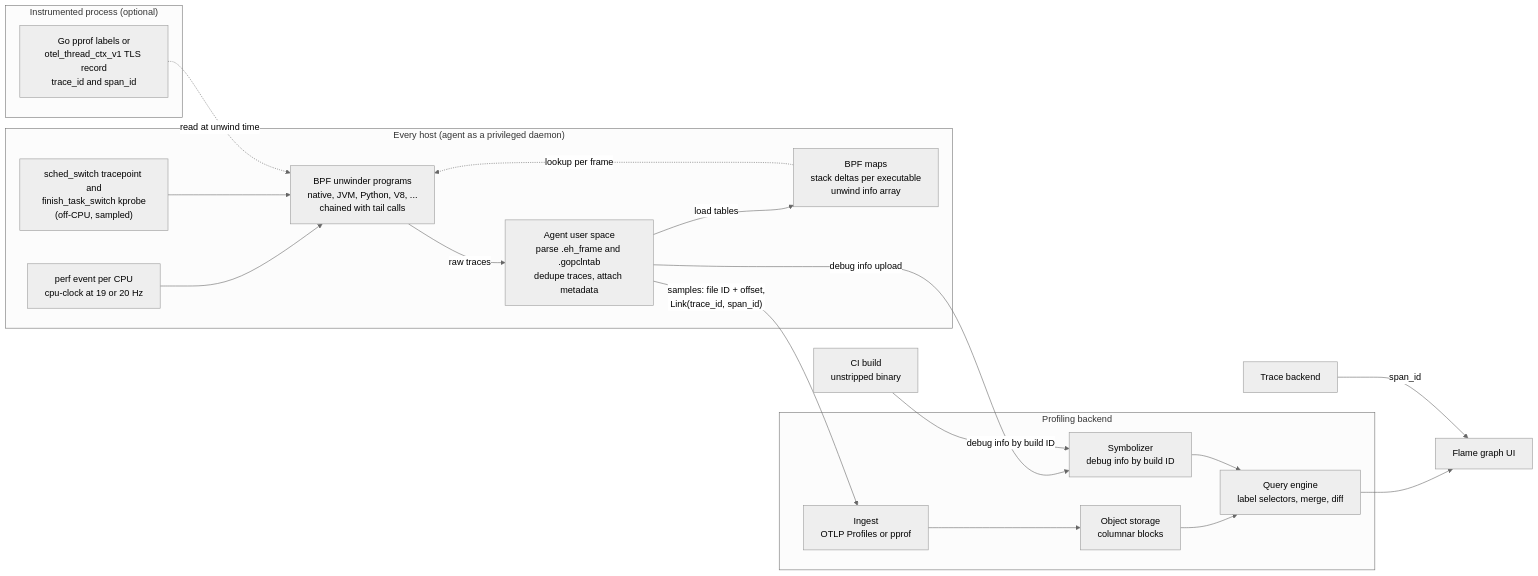
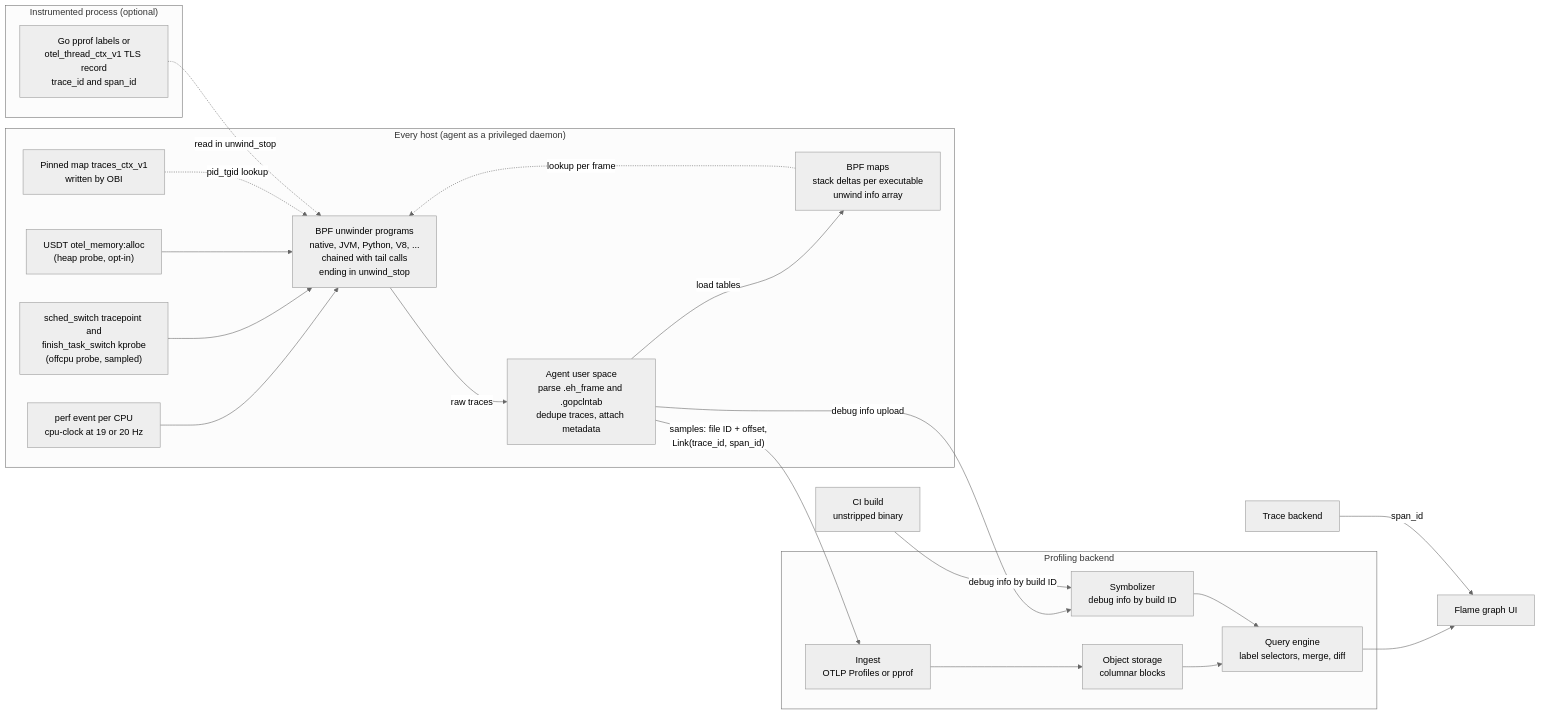
The diagram in 18-Developer-Toolchain/05-Profiling/Continuous-Profiling-GWP-Parca-Pyroscope-and-OTel-Profiles.md (shreejitverma/The-Distinguished-Engineer), drawn with Mermaid (neutral theme) before and after one commit. The commit also changed other lines of this file and 8 other files, not shown here.

````diff
--- a/18-Developer-Toolchain/05-Profiling/Continuous-Profiling-GWP-Parca-Pyroscope-and-OTel-Profiles.md
+++ b/18-Developer-Toolchain/05-Profiling/Continuous-Profiling-GWP-Parca-Pyroscope-and-OTel-Profiles.md
@@ -60,35 +68,39 @@
 ```mermaid
 flowchart LR
     subgraph HOST["Every host (agent as a privileged daemon)"]
         PE["perf event per CPU<br/>cpu-clock at 19 or 20 Hz"]
-        OC["sched_switch tracepoint and<br/>finish_task_switch kprobe<br/>(off-CPU, sampled)"]
-        BPF["BPF unwinder programs<br/>native, JVM, Python, V8, ...<br/>chained with tail calls"]
+        OC["sched_switch tracepoint and<br/>finish_task_switch kprobe<br/>(offcpu probe, sampled)"]
+        HP["USDT otel_memory:alloc<br/>(heap probe, opt-in)"]
+        BPF["BPF unwinder programs<br/>native, JVM, Python, V8, ...<br/>chained with tail calls<br/>ending in unwind_stop"]
         MAPS["BPF maps<br/>stack deltas per executable<br/>unwind info array"]
         UL["Agent user space<br/>parse .eh_frame and .gopclntab<br/>dedupe traces, attach metadata"]
+        OBI["Pinned map traces_ctx_v1<br/>written by OBI"]
         PE --> BPF
         OC --> BPF
+        HP --> BPF
         MAPS -.->|"lookup per frame"| BPF
         UL -->|"load tables"| MAPS
+        OBI -.->|"pid_tgid lookup"| BPF
         BPF -->|"raw traces"| UL
     end
 
     subgraph APP["Instrumented process (optional)"]
         CTX["Go pprof labels or<br/>otel_thread_ctx_v1 TLS record<br/>trace_id and span_id"]
     end
-    CTX -.->|"read at unwind time"| BPF
+    CTX -.->|"read in unwind_stop"| BPF
 
     subgraph BACKEND["Profiling backend"]
         ING["Ingest<br/>OTLP Profiles or pprof"]
         OBJ["Object storage<br/>columnar blocks"]
         SYM["Symbolizer<br/>debug info by build ID"]
         Q["Query engine<br/>label selectors, merge, diff"]
         ING --> OBJ --> Q
         SYM --> Q
     end
 
     UL -->|"samples: file ID + offset,<br/>Link(trace_id, span_id)"| ING
     UL -->|"debug info upload"| SYM
     CI["CI build<br/>unstripped binary"] -->|"debug info by build ID"| SYM
     Q --> UI["Flame graph UI"]
     TR["Trace backend"] -->|"span_id"| UI
 ```
````
